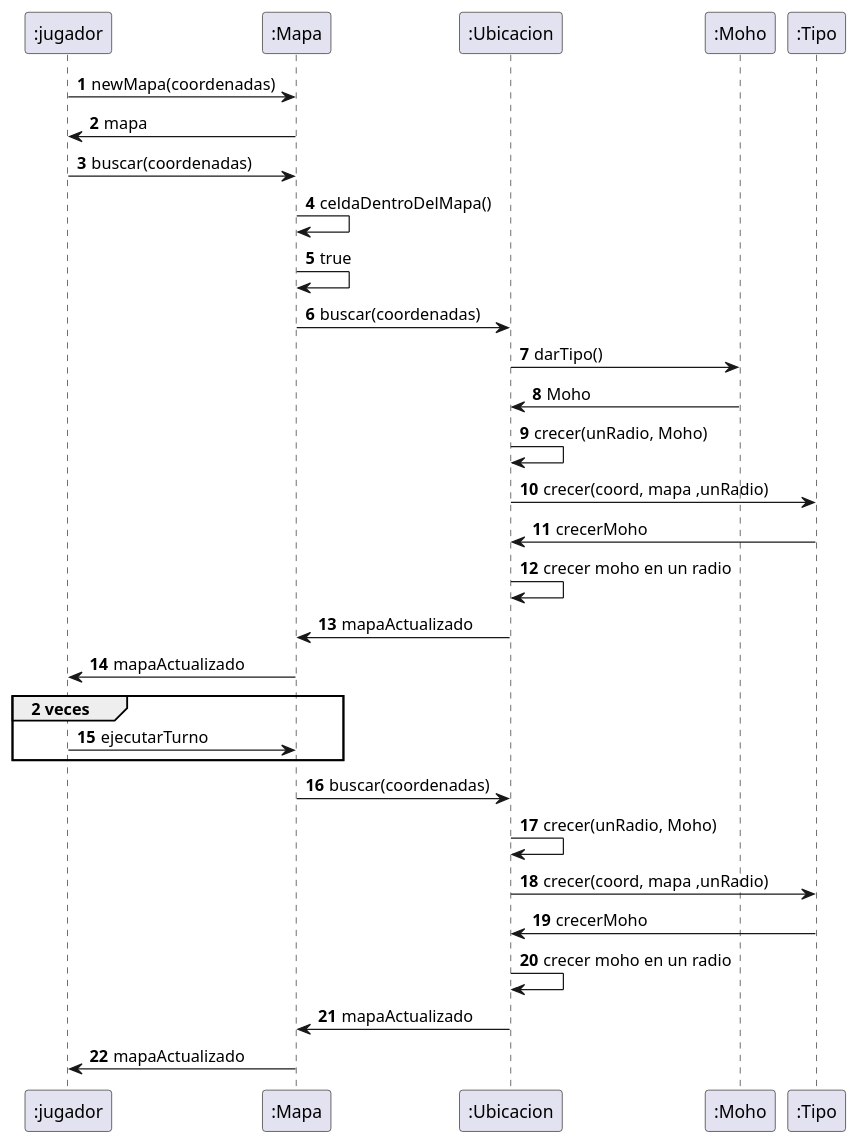
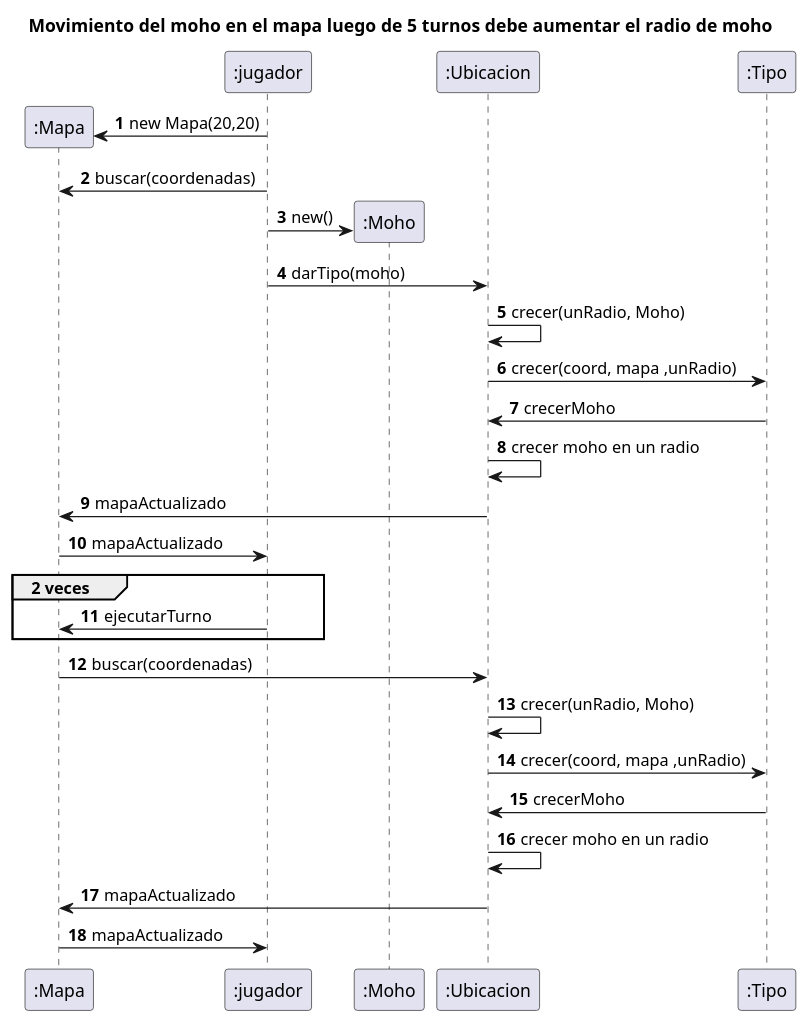
The diagram in diagrams/sequences/CasoDeUso6.puml (nicolasgirardi/algo3_TP2_AlgoStar), drawn with PlantUML before and after one commit. The commit also changed 8 other files, not shown here.

```diff
--- a/diagrams/sequences/CasoDeUso6.puml
+++ b/diagrams/sequences/CasoDeUso6.puml
@@ -1,35 +1,32 @@
 @startuml
 'https://plantuml.com/sequence-diagram
-
+title: "Movimiento del moho en el mapa luego de 5 turnos debe aumentar el radio de  moho"
 autonumber
-":jugador" -> ":Mapa": newMapa(coordenadas)
-":Mapa" -> ":jugador": mapa
+create ":Mapa"
+":jugador" -> ":Mapa": new Mapa(20,20)
 
 ":jugador" -> ":Mapa": buscar(coordenadas)
-":Mapa" -> ":Mapa": celdaDentroDelMapa()
-":Mapa" -> ":Mapa": true
-
-":Mapa" -> ":Ubicacion": buscar(coordenadas)
-":Ubicacion" -> ":Moho": darTipo()
-":Moho" -> ":Ubicacion": Moho
+create ":Moho"
+":jugador" -> ":Moho": new()
+":jugador" -> ":Ubicacion": darTipo(moho)
 ":Ubicacion" -> ":Ubicacion": crecer(unRadio, Moho)
 ":Ubicacion" -> ":Tipo": crecer(coord, mapa ,unRadio)
 ":Tipo" -> ":Ubicacion": crecerMoho
 ":Ubicacion" -> ":Ubicacion": crecer moho en un radio
 ":Ubicacion" -> ":Mapa": mapaActualizado
 ":Mapa" -> ":jugador": mapaActualizado
 group 2 veces
       ":jugador" -> ":Mapa": ejecutarTurno
 end
 ":Mapa" -> ":Ubicacion": buscar(coordenadas)
 ":Ubicacion" -> ":Ubicacion": crecer(unRadio, Moho)
 ":Ubicacion" -> ":Tipo": crecer(coord, mapa ,unRadio)
 ":Tipo" -> ":Ubicacion": crecerMoho
 ":Ubicacion" -> ":Ubicacion": crecer moho en un radio
 ":Ubicacion" -> ":Mapa": mapaActualizado
 ":Mapa" -> ":jugador": mapaActualizado
 
 
 
 
 @enduml
```
